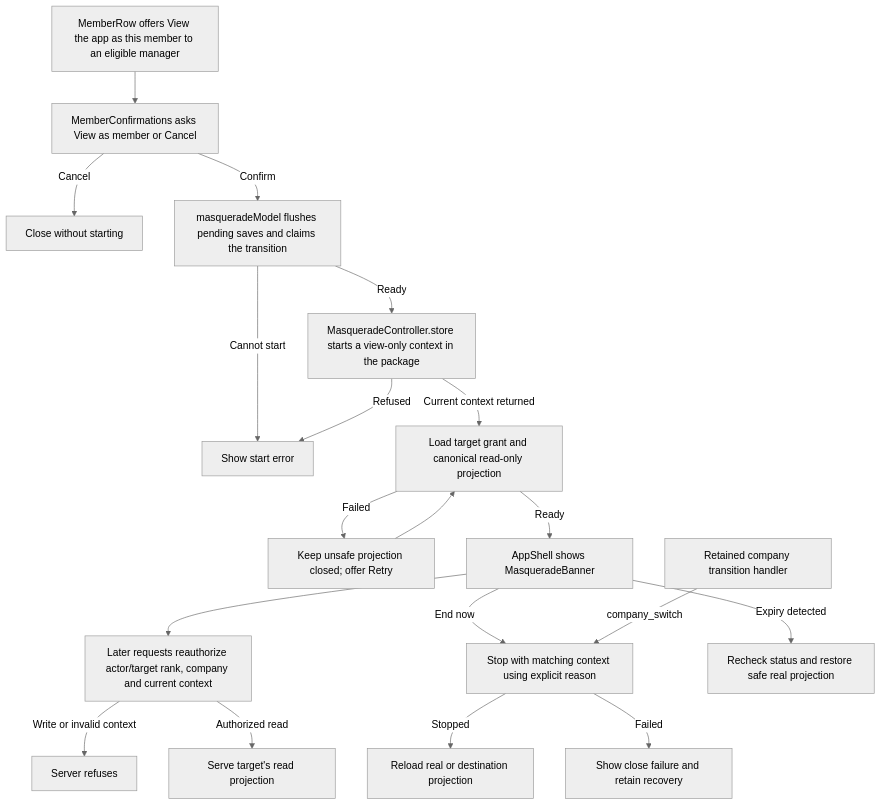
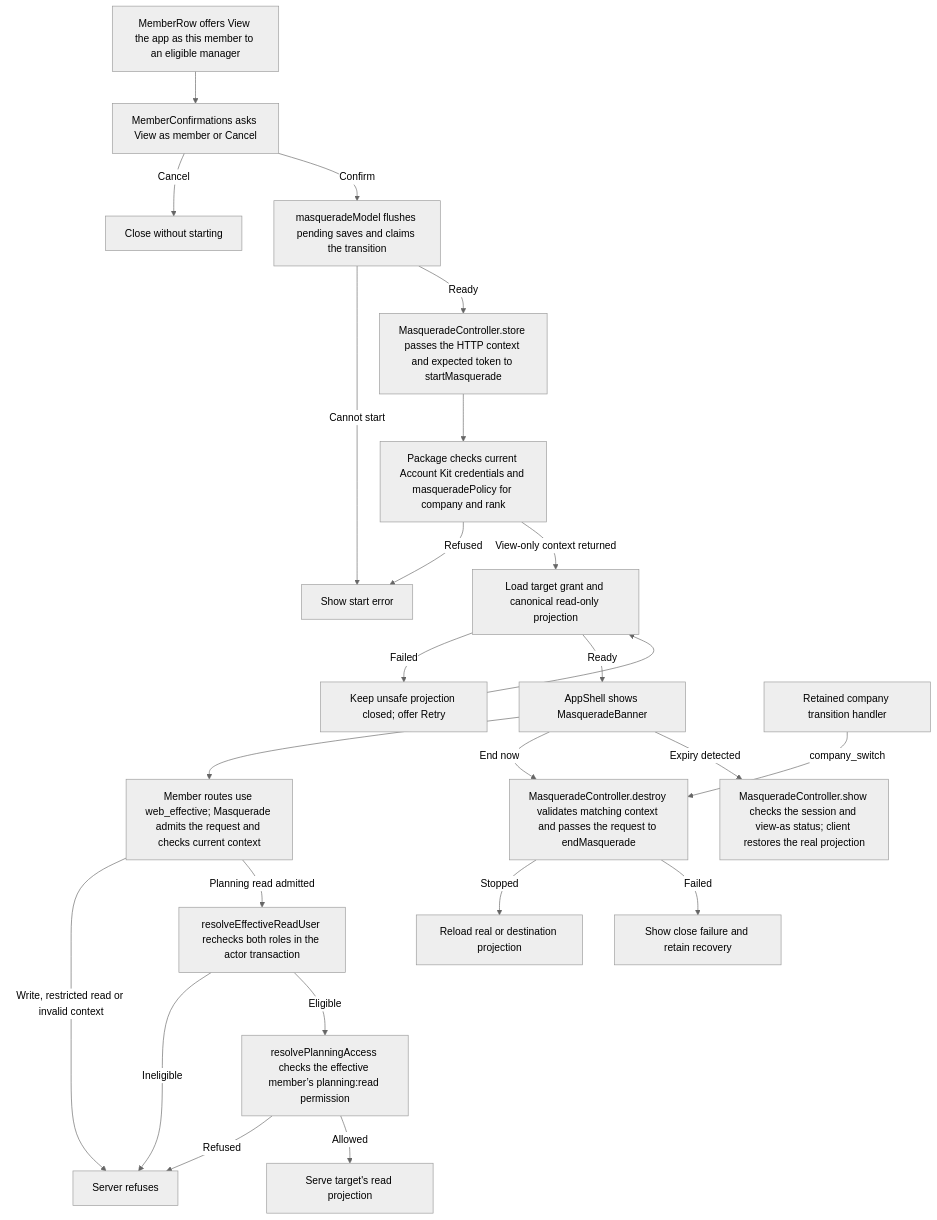
One commit to Kevinjohn/capacitylens changed the second of 2 diagrams in user-stories/team/US-TEAM-08-view-as-member.md. Above: the diagram before and after it, drawn with Mermaid (neutral theme). The commit also changed other lines of this file and 26 other files, not shown here.

Commit message:
Refresh the account and planning user stories

````diff
--- a/user-stories/team/US-TEAM-08-view-as-member.md
+++ b/user-stories/team/US-TEAM-08-view-as-member.md
@@ -32,21 +31,26 @@
 ```mermaid
 flowchart TD
   row["MemberRow offers View the app as this member to an eligible manager"] --> dialog["MemberConfirmations asks View as member or Cancel"]
   dialog -->|Cancel| close["Close without starting"]
   dialog -->|Confirm| flush["masqueradeModel flushes pending saves and claims the transition"]
   flush -->|Cannot start| refused["Show start error"]
-  flush -->|Ready| start["MasqueradeController.store starts a view-only context in the package"]
-  start -->|Refused| refused
-  start -->|Current context returned| load["Load target grant and canonical read-only projection"]
+  flush -->|Ready| start["MasqueradeController.store passes the HTTP context and expected token to startMasquerade"]
+  start --> policy["Package checks current Account Kit credentials and masqueradePolicy for company and rank"]
+  policy -->|Refused| refused
+  policy -->|View-only context returned| load["Load target grant and canonical read-only projection"]
   load -->|Failed| recovery["Keep unsafe projection closed; offer Retry"]
   recovery --> load
   load -->|Ready| banner["AppShell shows MasqueradeBanner"]
-  banner --> request["Later requests reauthorize actor/target rank, company and current context"]
-  request -->|Write or invalid context| denied["Server refuses"]
-  request -->|Authorized read| view["Serve target's read projection"]
-  banner -->|End now| stop["Stop with matching context using explicit reason"]
+  banner --> request["Member routes use web_effective; Masquerade admits the request and checks current context"]
+  request -->|Write, restricted read or invalid context| denied["Server refuses"]
+  request -->|Planning read admitted| scope["resolveEffectiveReadUser rechecks both roles in the actor transaction"]
+  scope -->|Ineligible| denied
+  scope -->|Eligible| access["resolvePlanningAccess checks the effective member’s planning:read permission"]
+  access -->|Refused| denied
+  access -->|Allowed| view["Serve target's read projection"]
+  banner -->|End now| stop["MasqueradeController.destroy validates matching context and passes the request to endMasquerade"]
   transition["Retained company transition handler"] -->|company_switch| stop
   stop -->|Stopped| real["Reload real or destination projection"]
   stop -->|Failed| endError["Show close failure and retain recovery"]
-  banner -->|Expiry detected| refresh["Recheck status and restore safe real projection"]
+  banner -->|Expiry detected| refresh["MasqueradeController.show checks the session and view-as status; client restores the real projection"]
 ```
````
